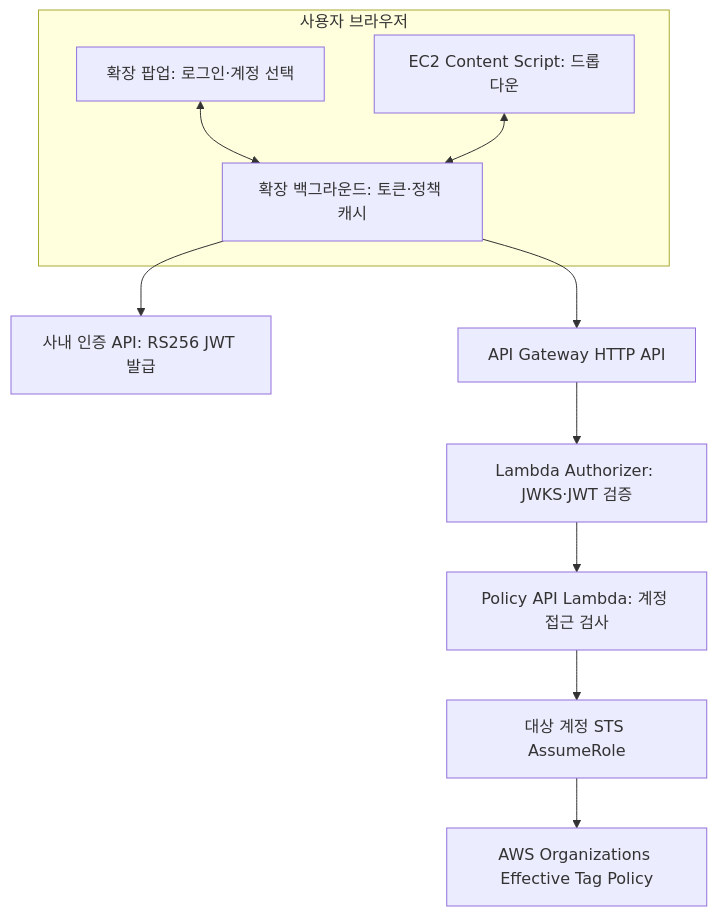
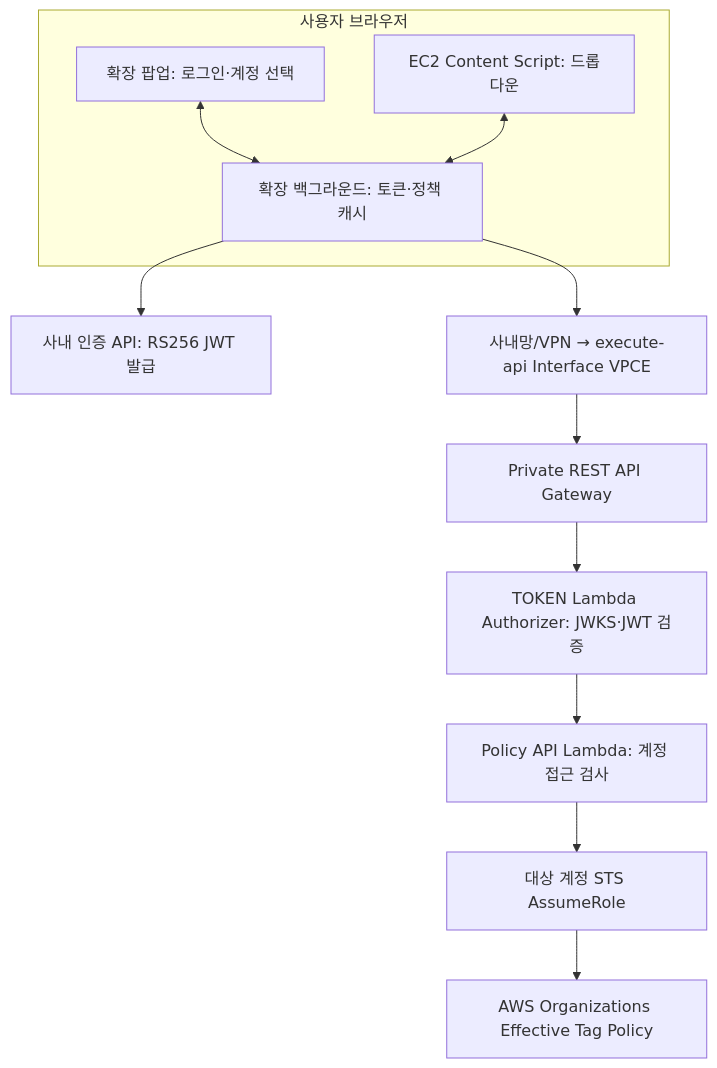
Before and after one commit to goldencat-sbyoon/aws-tag-extension: the first of 4 diagrams in docs/ARCHITECTURE.md, drawn with Mermaid. The commit also changed other lines of this file and 8 other files, not shown here.

Commit message:
feat: migrate policy API to private REST Gateway with VPCE controls

````diff
--- a/docs/ARCHITECTURE.md
+++ b/docs/ARCHITECTURE.md
@@ -5,22 +5,24 @@
 ```mermaid
 flowchart TB
   subgraph Browser["사용자 브라우저"]
     P["확장 팝업: 로그인·계정 선택"]
     B["확장 백그라운드: 토큰·정책 캐시"]
     C["EC2 Content Script: 드롭다운"]
     P <--> B
     C <--> B
   end
   I["사내 인증 API: RS256 JWT 발급"]
-  G["API Gateway HTTP API"]
-  A["Lambda Authorizer: JWKS·JWT 검증"]
+  V["사내망/VPN → execute-api Interface VPCE"]
+  G["Private REST API Gateway"]
+  A["TOKEN Lambda Authorizer: JWKS·JWT 검증"]
   L["Policy API Lambda: 계정 접근 검사"]
   T["대상 계정 STS AssumeRole"]
   O["AWS Organizations Effective Tag Policy"]
   B --> I
-  B --> G
+  B --> V
+  V --> G
   G --> A
   A --> L
   L --> T
   T --> O
 ```
````
